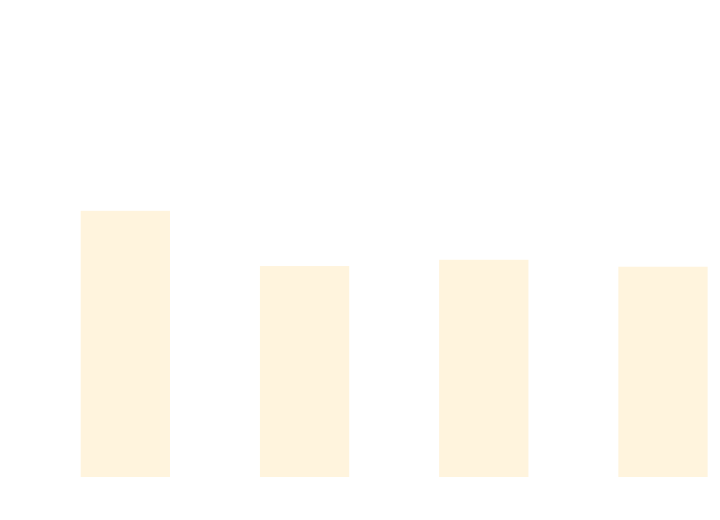
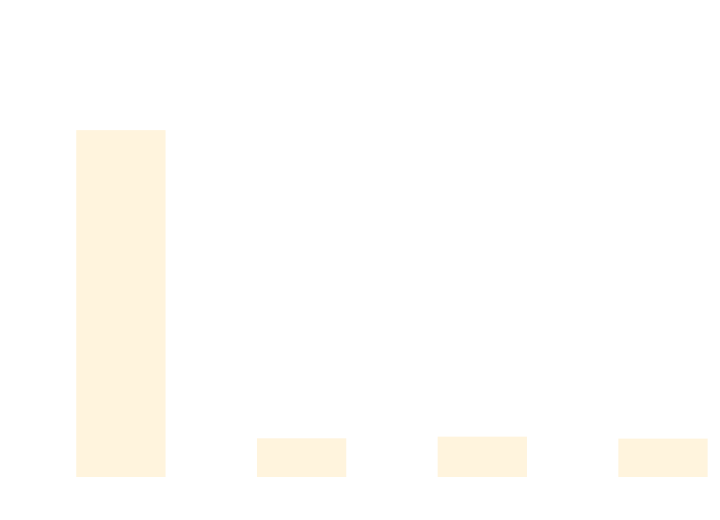
Before and after one commit to thomhurst/TUnit: the diagram in docs/docs/benchmarks/BuildTime.md, drawn with Mermaid. The commit also changed other lines of this file and 16 other files, not shown here.

````diff
--- a/docs/docs/benchmarks/BuildTime.md
+++ b/docs/docs/benchmarks/BuildTime.md
@@ -28,37 +28,37 @@
 ```mermaid
 %%{init: {
   'theme':'base',
   'themeVariables': {
     'primaryColor': '#2563eb',
     'primaryTextColor': '#ffffff',
     'primaryBorderColor': '#1e40af',
     'lineColor': '#6b7280',
     'secondaryColor': '#7c3aed',
     'tertiaryColor': '#dc2626',
     'background': '#ffffff',
     'mainBkg': '#2563eb',
     'secondBkg': '#7c3aed',
     'tertiaryBkg': '#dc2626',
     'clusterBkg': '#f3f4f6',
     'edgeLabelBackground': '#ffffff',
     'tertiaryTextColor': '#1f2937',
     'pie1': '#2563eb',
     'pie2': '#7c3aed',
     'pie3': '#dc2626',
     'pie4': '#f59e0b',
     'pie5': '#10b981',
     'pie6': '#06b6d4',
     'pie7': '#ec4899',
     'pie8': '#6366f1',
     'pie9': '#84cc16',
     'pie10': '#f97316',
     'pie11': '#14b8a6',
     'pie12': '#a855f7'
   }
 }}%%
 xychart-beta
   title "Build Time Comparison"
   x-axis ["Build_TUnit", "Build_NUnit", "Build_MSTest", "Build_xUnit3"]
-  y-axis "Time (s)" 0 --> 3
-  bar [1.903, 1.496, 1.542, 1.491]
+  y-axis "Time (s)" 0 --> 22
+  bar [18.317, 1.658, 1.749, 1.643]
 ```
````
